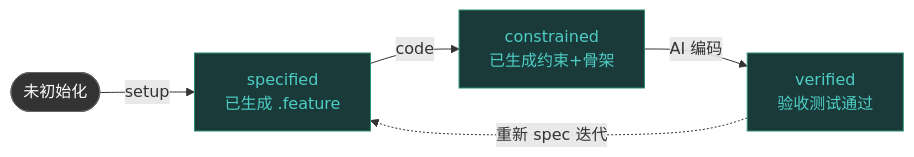
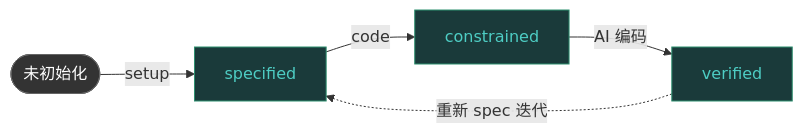
The diagram in docs/guide/workflow.md (cheneyzhang93/speclore), drawn with Mermaid before and after one commit. The commit also changed 2 other files, not shown here.

Commit message:
fix: 优化 Mermaid 文字换行 + 替换专业 logo
- Mermaid 状态机节点文字简化，去除换行描述（表格已有说明）
- 新 logo：文档图标 + 验证勾选 + AI 标记，替代纯字母 S
- 中英文 workflow.md 同步更新

````diff
--- a/docs/guide/workflow.md
+++ b/docs/guide/workflow.md
@@ -9,12 +9,12 @@
 ```mermaid
 flowchart LR
-    A(["未初始化"]) -->|setup| B["specified<br/>已生成 .feature"]
-    B -->|code| C["constrained<br/>已生成约束+骨架"]
-    C -->|"AI 编码"| D["verified<br/>验收测试通过"]
+    A(["未初始化"]) -->|setup| B["specified"]
+    B -->|code| C["constrained"]
+    C -->|"AI 编码"| D["verified"]
     D -.->|"重新 spec 迭代"| B
 
     style A fill:#333,stroke:#666,color:#fff
     style B fill:#1a3a3a,stroke:#2d8f6f,color:#4ecdc4
     style C fill:#1a3a3a,stroke:#2d8f6f,color:#4ecdc4
     style D fill:#1a3a3a,stroke:#2d8f6f,color:#4ecdc4
 ```
````
